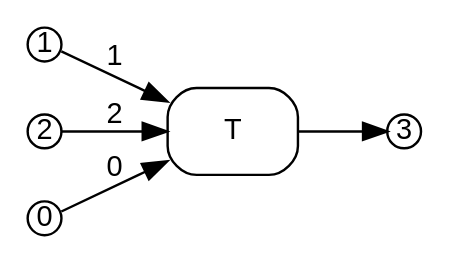
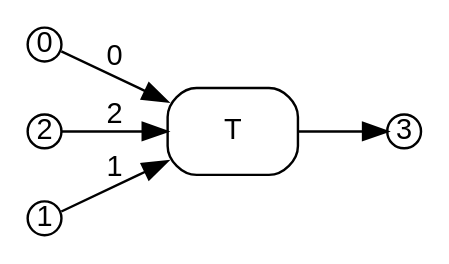
One commit to ammatsui/bhypvis changed the diagram in crates/bhyp/images/test_copy_subst_commute/path1_shared_span_for_substitution_right.dot. Above: the diagram before and after it, drawn with Graphviz. The commit also changed other lines of this file and 820 other files, not shown here.

Commit message:
remove reduncancies in architecture design

```diff
--- a/crates/bhyp/images/test_copy_subst_commute/path1_shared_span_for_substitution_right.dot
+++ b/crates/bhyp/images/test_copy_subst_commute/path1_shared_span_for_substitution_right.dot
@@ -1,24 +1,24 @@
 digraph path1_shared_span_for_substitution_right {
   fontname="Helvetica"
   fontsize=12
   rankdir=LR;
   node [fontname="Helvetica", fontsize=12];
   edge [fontname="Helvetica", fontsize=12];
 
   // Nodes
+  n0 [label="0", shape=circle, style=filled, fillcolor=white, color="black", width=0.2, height=0.2, fixedsize=true];
+  n2 [label="2", shape=circle, style=filled, fillcolor=white, color="black", width=0.2, height=0.2, fixedsize=true];
   n3 [label="3", shape=circle, style=filled, fillcolor=white, color="black", width=0.2, height=0.2, fixedsize=true];
   n1 [label="1", shape=circle, style=filled, fillcolor=white, color="black", width=0.2, height=0.2, fixedsize=true];
-  n2 [label="2", shape=circle, style=filled, fillcolor=white, color="black", width=0.2, height=0.2, fixedsize=true];
-  n0 [label="0", shape=circle, style=filled, fillcolor=white, color="black", width=0.2, height=0.2, fixedsize=true];
 
   // Hyperedges
   e0 [label="T", shape=box, style=rounded, color="black"];
 
   // Source connections
   n0 -> e0 [label="0"];
   n1 -> e0 [label="1"];
   n2 -> e0 [label="2"];
 
   // Target connections
   e0 -> n3 [label=""];
 }
```
